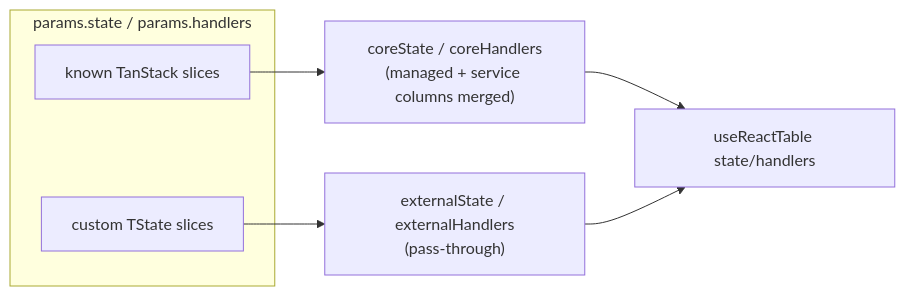
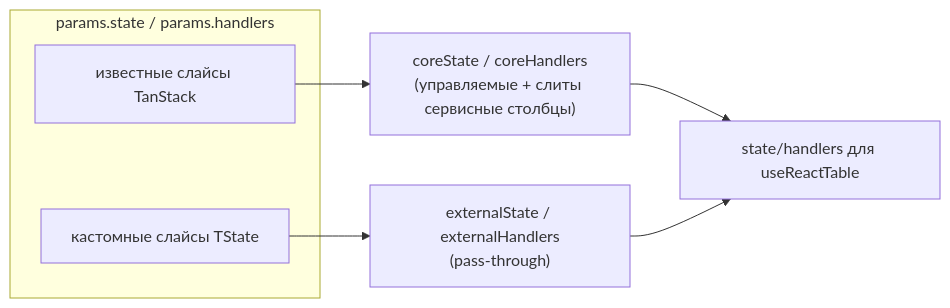
Before and after one commit to tessera-grid/tessera: the second of 2 diagrams in docs/architecture/table-assembly.md, drawn with Mermaid. The commit also changed other lines of this file and 15 other files, not shown here.

First line of the commit message:
docs(architecture): translate to Russian and restructure the knowledge base

````diff
--- a/docs/architecture/table-assembly.md
+++ b/docs/architecture/table-assembly.md
@@ -62,11 +62,11 @@
 ```mermaid
 flowchart LR
     subgraph input["params.state / params.handlers"]
-        K["known TanStack slices"]
-        X["custom TState slices"]
+        K["известные слайсы TanStack"]
+        X["кастомные слайсы TState"]
     end
-    K --> CORE["coreState / coreHandlers<br/>(managed + service columns merged)"]
+    K --> CORE["coreState / coreHandlers<br/>(управляемые + слиты сервисные столбцы)"]
     X --> EXT["externalState / externalHandlers<br/>(pass-through)"]
-    CORE --> MERGE["useReactTable state/handlers"]
+    CORE --> MERGE["state/handlers для useReactTable"]
     EXT --> MERGE
 ```
````
